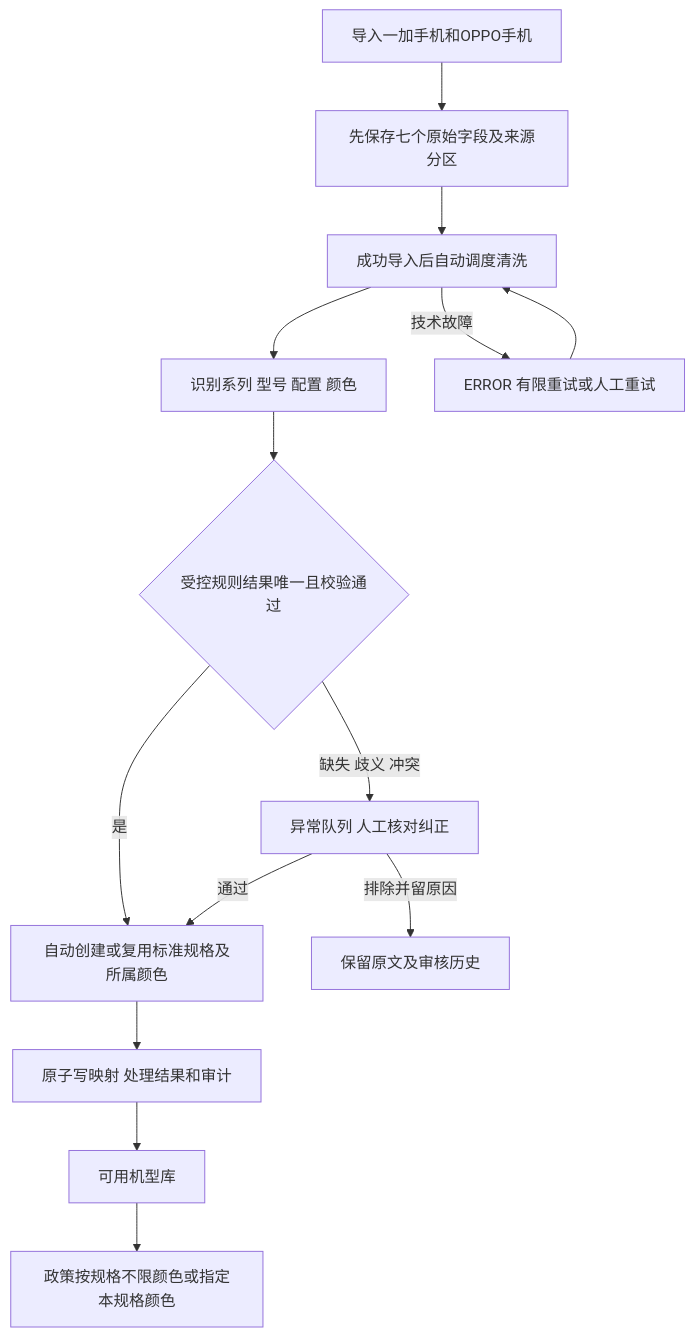
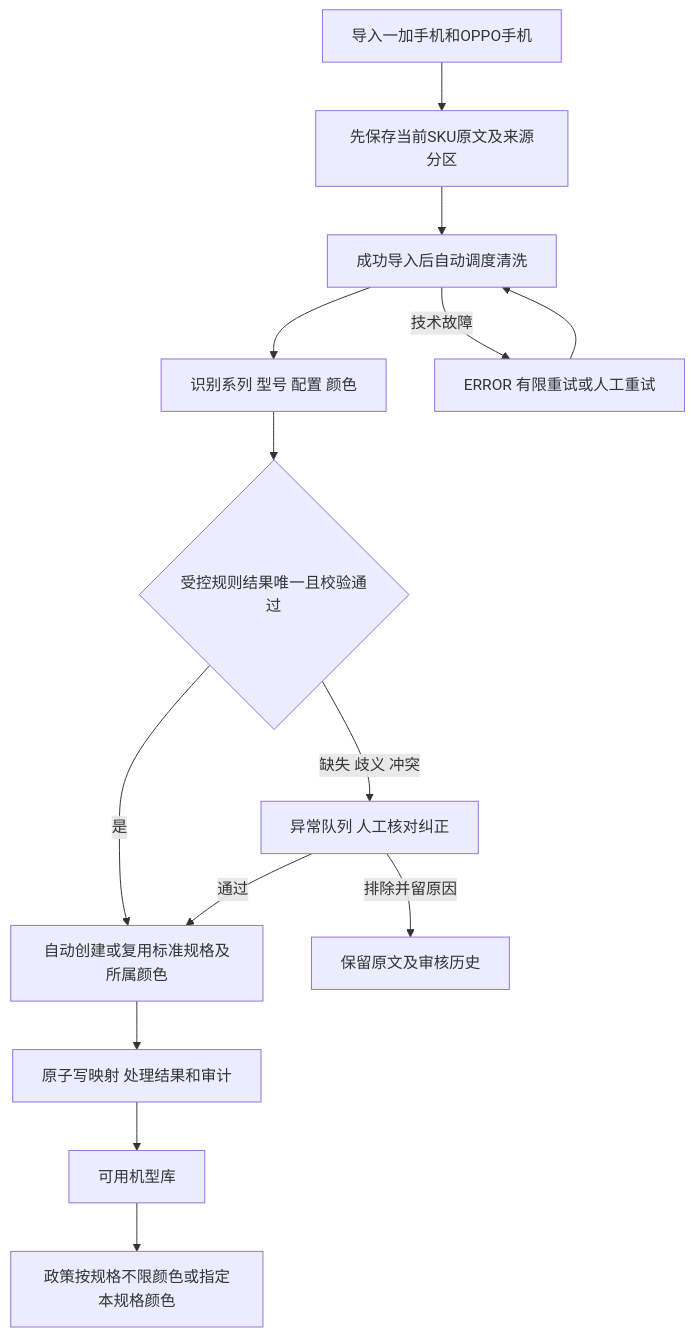
The diagram in docs/business/catalog-cleaning.md (szhi1488/differentiated-policy), drawn with Mermaid before and after one commit. The commit also changed other lines of this file and 55 other files, not shown here.

````diff
--- a/docs/business/catalog-cleaning.md
+++ b/docs/business/catalog-cleaning.md
@@ -7,16 +7,16 @@
 ```mermaid
 flowchart TD
-    I[导入一加手机和OPPO手机] --> R[先保存七个原始字段及来源分区]
+    I[导入一加手机和OPPO手机] --> R[先保存当前SKU原文及来源分区]
     R --> Q[成功导入后自动调度清洗]
     Q --> C[识别系列 型号 配置 颜色]
     C --> V{受控规则结果唯一且校验通过}
     V -->|是| A[自动创建或复用标准规格及所属颜色]
     V -->|缺失 歧义 冲突| H[异常队列 人工核对纠正]
     H -->|通过| A
     H -->|排除并留原因| E[保留原文及审核历史]
     A --> M[原子写映射 处理结果和审计]
     M --> P[可用机型库]
     P --> F[政策按规格不限颜色或指定本规格颜色]
     Q -->|技术故障| T[ERROR 有限重试或人工重试]
     T --> Q
 ```
````
